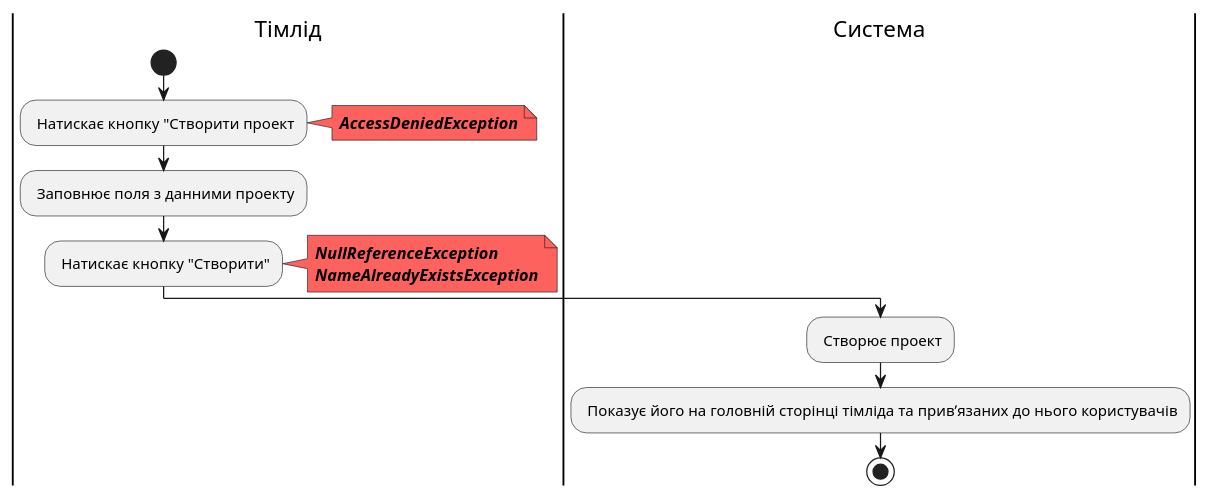
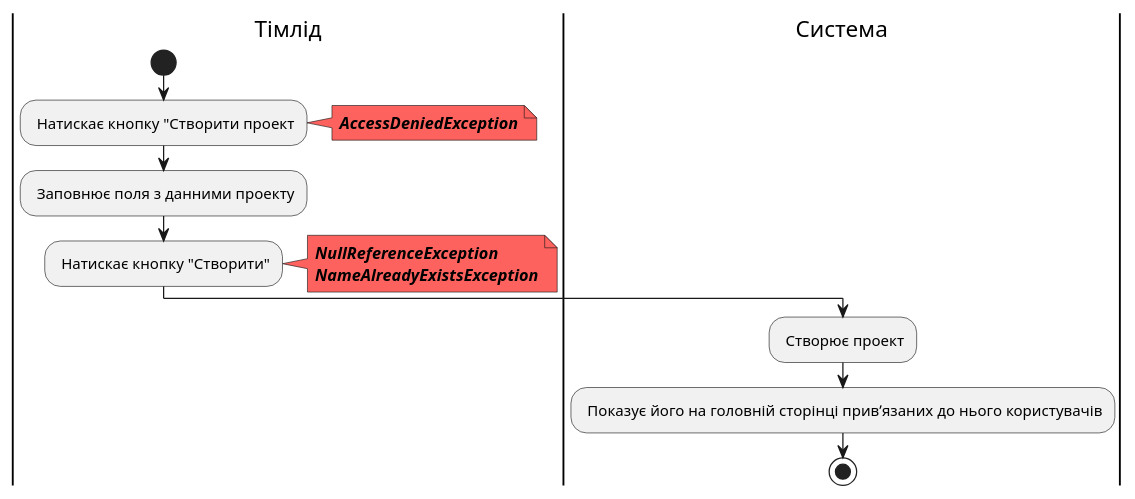
One commit to stbestichhh/db_project-manager changed diagram 11 of 19 in docs/use cases/README.md. Above: the diagram before and after it, drawn with PlantUML. The commit also changed other lines of this file, not shown here.

Commit message:
Fixed diagrams

```diff
--- a/docs/use cases/README.md
+++ b/docs/use cases/README.md
@@ -409,22 +409,22 @@
 @startuml
 
 |Тімлід|
 start;
 : Натискає кнопку "Створити проект;
 note right #fd625e
 <b><i>AccessDeniedException
 end note
 : Заповнює поля з данними проекту;
 : Натискає кнопку "Створити";
 note right #fd625e
 <b><i>NullReferenceException
 <b><i>NameAlreadyExistsException
 end note
 
 |Система|
  : Створює проект; 
- : Показує його на головній сторінці тімліда та привʼязаних до нього користувачів; 
+ : Показує його на головній сторінці привʼязаних до нього користувачів; 
 
  stop;
 
 @enduml
```
